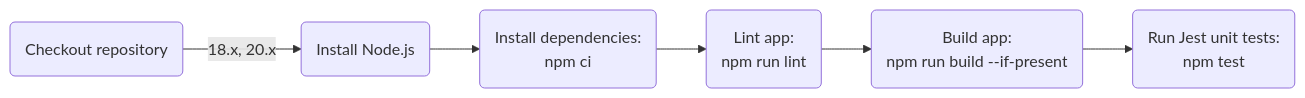
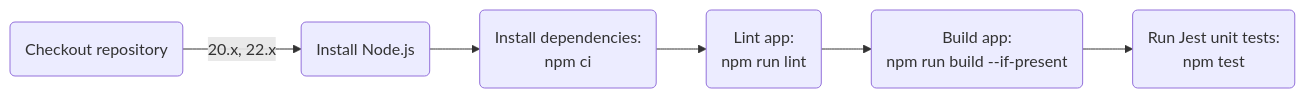
One commit to Abhiek187/ez-recipes-server changed the sixth of 9 diagrams in README.md. Above: the diagram before and after it, drawn with Mermaid. The commit also changed 1 other file, not shown here.

Commit message:
Upgrade Node 18 to 22

````diff
--- a/README.md
+++ b/README.md
@@ -165,9 +165,9 @@
 ```mermaid
 flowchart LR
 
-A(Checkout repository) -->|18.x, 20.x| B(Install Node.js)
+A(Checkout repository) -->|20.x, 22.x| B(Install Node.js)
 B --> C(Install dependencies:<br>npm ci)
 C --> D(Lint app:<br>npm run lint)
 D --> E(Build app:<br>npm run build --if-present)
 E --> F(Run Jest unit tests:<br>npm test)
 ```
````
